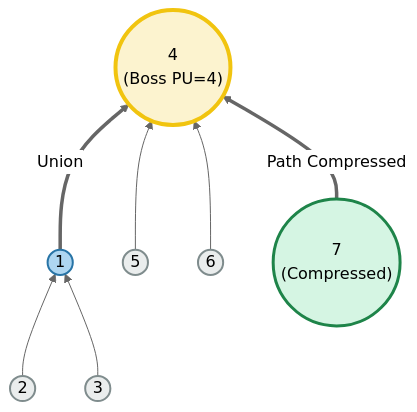
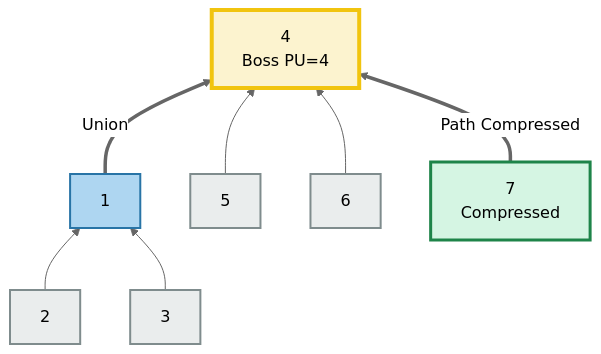
One commit to muntasir24/DSA_Practice changed diagram 25 of 36 in Graph/DSU_README.md. Above: the diagram before and after it, drawn with Mermaid (neutral theme). The commit also changed other lines of this file, not shown here.

````diff
--- a/Graph/DSU_README.md
+++ b/Graph/DSU_README.md
@@ -1014,27 +1014,27 @@
 ```mermaid
 graph BT
     classDef superBoss fill:#FCF3CF,stroke:#F1C40F,stroke-width:4px,color:#000000;
     classDef midBoss fill:#AED6F1,stroke:#2874A6,stroke-width:2px,color:#000000;
     classDef child fill:#EAEDED,stroke:#7F8C8D,stroke-width:2px,color:#000000;
     classDef highlight fill:#D5F5E3,stroke:#1E8449,stroke-width:3px,color:#000000;
 
-    4(("4<br>(Boss PU=4)")):::superBoss
+    4["4<br>Boss PU=4"]:::superBoss
     
-    1(("1")):::midBoss
-    5(("5")):::child
-    6(("6")):::child
-    7(("7<br>(Compressed)")):::highlight
+    1["1"]:::midBoss
+    5["5"]:::child
+    6["6"]:::child
+    7["7<br>Compressed"]:::highlight
     
-    2(("2")):::child
-    3(("3")):::child
+    2["2"]:::child
+    3["3"]:::child
 
     %% Connections reflecting exactly the final drawn state
     1 == "Union" ==> 4
     5 --> 4
     6 --> 4
     7 == "Path Compressed" ==> 4
 
     %% Connections to Old Boss 1
     2 --> 1
     3 --> 1
 ```
````
